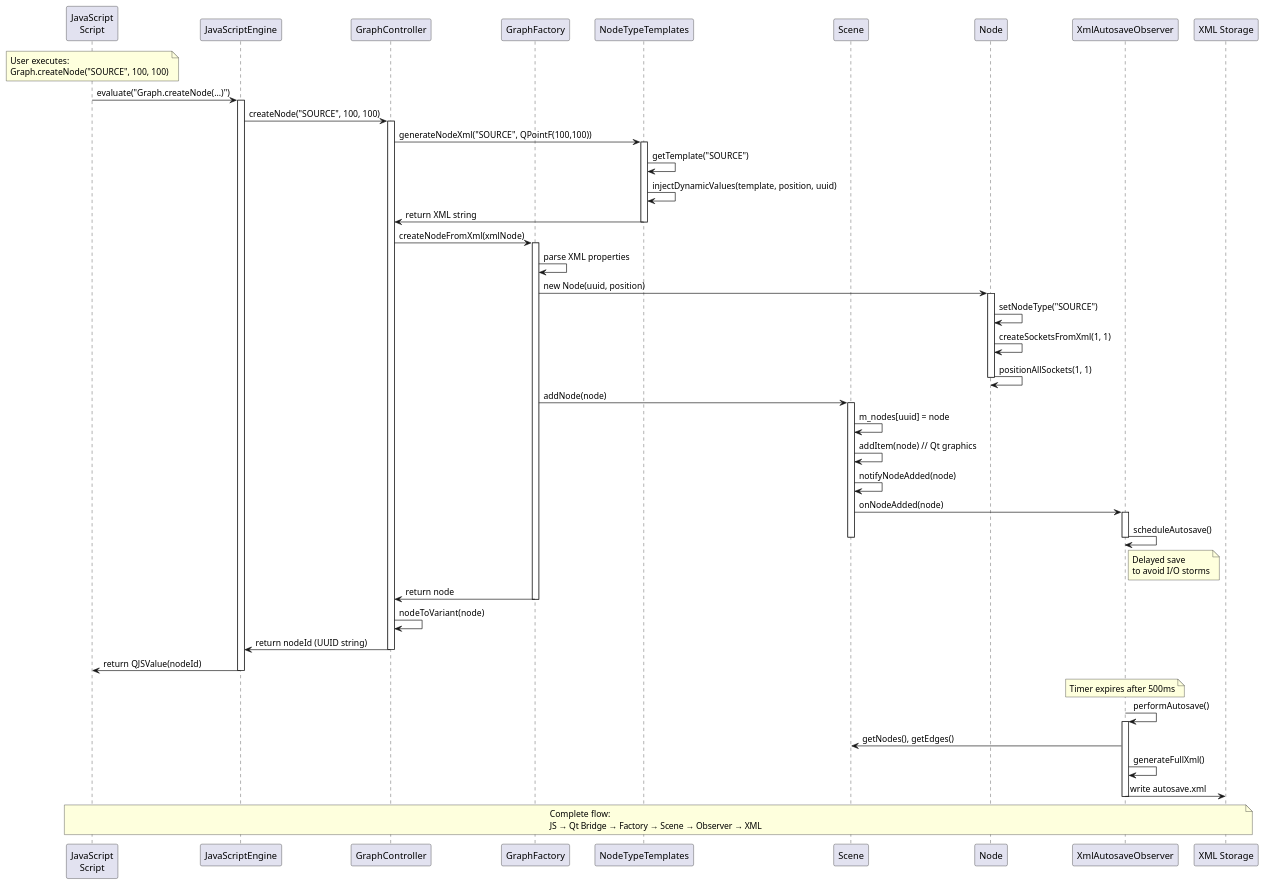
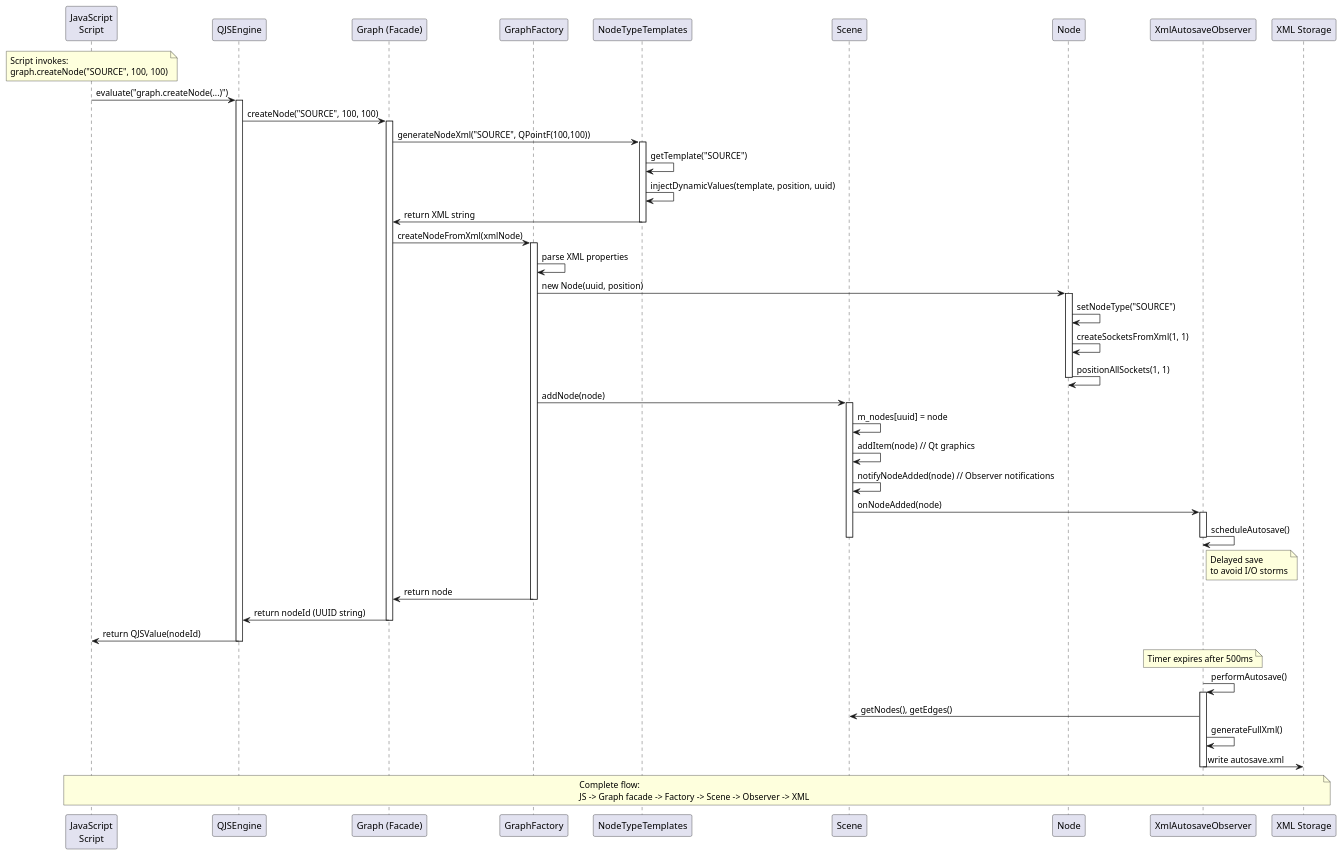
The third of 3 diagrams in architecture.md (black13/cmake-qt5-socket-connector-small), drawn with PlantUML before and after one commit. The commit also changed other lines of this file and 12 other files, not shown here.

First line of the commit message:
feat: add JavaScript CLI execution via --script option

````diff
--- a/architecture.md
+++ b/architecture.md
@@ -535,75 +530,74 @@
 ```plantuml
 @startuml NodeCreationSequence
 
 participant "JavaScript\nScript" as JS
-participant "JavaScriptEngine" as JSEngine
-participant "GraphController" as GC
+participant "QJSEngine" as Engine
+participant "Graph (Facade)" as GraphFacade
 participant "GraphFactory" as GF
 participant "NodeTypeTemplates" as NTT
 participant "Scene" as S
 participant "Node" as N
 participant "XmlAutosaveObserver" as XAO
 participant "XML Storage" as XML
 
-note over JS : User executes:\nGraph.createNode("SOURCE", 100, 100)
+note over JS : Script invokes:\ngraph.createNode("SOURCE", 100, 100)
 
-JS -> JSEngine : evaluate("Graph.createNode(...)")
-activate JSEngine
+JS -> Engine : evaluate("graph.createNode(...)")
+activate Engine
 
-JSEngine -> GC : createNode("SOURCE", 100, 100)
-activate GC
+Engine -> GraphFacade : createNode("SOURCE", 100, 100)
+activate GraphFacade
 
-GC -> NTT : generateNodeXml("SOURCE", QPointF(100,100))
+GraphFacade -> NTT : generateNodeXml("SOURCE", QPointF(100,100))
 activate NTT
 NTT -> NTT : getTemplate("SOURCE")
 NTT -> NTT : injectDynamicValues(template, position, uuid)
-NTT -> GC : return XML string
+NTT -> GraphFacade : return XML string
 deactivate NTT
 
-GC -> GF : createNodeFromXml(xmlNode)
+GraphFacade -> GF : createNodeFromXml(xmlNode)
 activate GF
 
 GF -> GF : parse XML properties
 GF -> N : new Node(uuid, position)
 activate N
 N -> N : setNodeType("SOURCE")
 N -> N : createSocketsFromXml(1, 1)
 N -> N : positionAllSockets(1, 1)
 deactivate N
 
 GF -> S : addNode(node)
 activate S
 S -> S : m_nodes[uuid] = node
 S -> S : addItem(node) // Qt graphics
-S -> S : notifyNodeAdded(node)
+S -> S : notifyNodeAdded(node) // Observer notifications
 
 S -> XAO : onNodeAdded(node)
 activate XAO
 XAO -> XAO : scheduleAutosave()
 note right XAO : Delayed save\nto avoid I/O storms
 deactivate XAO
 
 deactivate S
 
-GF -> GC : return node
+GF -> GraphFacade : return node
 deactivate GF
 
-GC -> GC : nodeToVariant(node)
-GC -> JSEngine : return nodeId (UUID string)
-deactivate GC
+GraphFacade -> Engine : return nodeId (UUID string)
+deactivate GraphFacade
 
-JSEngine -> JS : return QJSValue(nodeId)
-deactivate JSEngine
+Engine -> JS : return QJSValue(nodeId)
+deactivate Engine
 
 note over XAO : Timer expires after 500ms
 XAO -> XAO : performAutosave()
 activate XAO
 XAO -> S : getNodes(), getEdges()
 XAO -> XAO : generateFullXml()
 XAO -> XML : write autosave.xml
 deactivate XAO
 
-note over JS, XML : Complete flow:\nJS → Qt Bridge → Factory → Scene → Observer → XML
+note over JS, XML : Complete flow:\nJS -> Graph facade -> Factory -> Scene -> Observer -> XML
 
 @enduml
 ```
````
